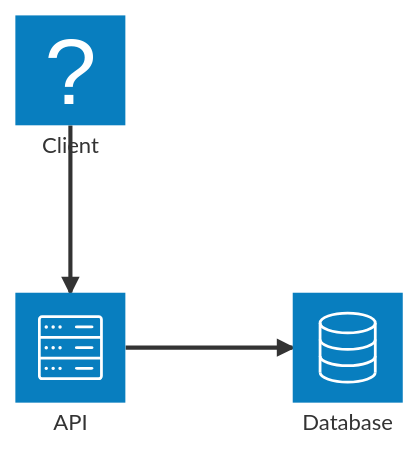
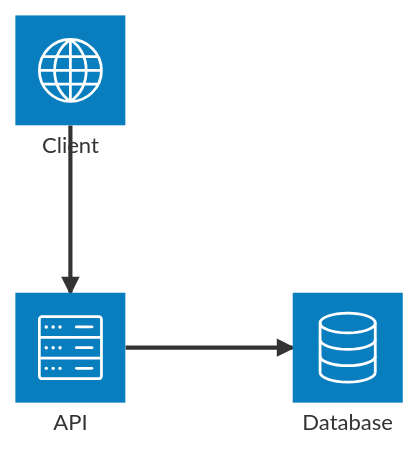
Before and after one commit to mitch-avis/agent-skills: the fourth of 9 diagrams in mermaid/references/architecture-diagrams.md, drawn with Mermaid. The commit also changed other lines of this file and 45 other files, not shown here.

````diff
--- a/mermaid/references/architecture-diagrams.md
+++ b/mermaid/references/architecture-diagrams.md
@@ -60,9 +60,9 @@
 ```mermaid
 architecture-beta
-    service client(browser)[Client]
+    service client(internet)[Client]
     service api(server)[API]
     service db(database)[Database]
 
     client:B --> T:api
     api:R --> L:db
 ```
````
